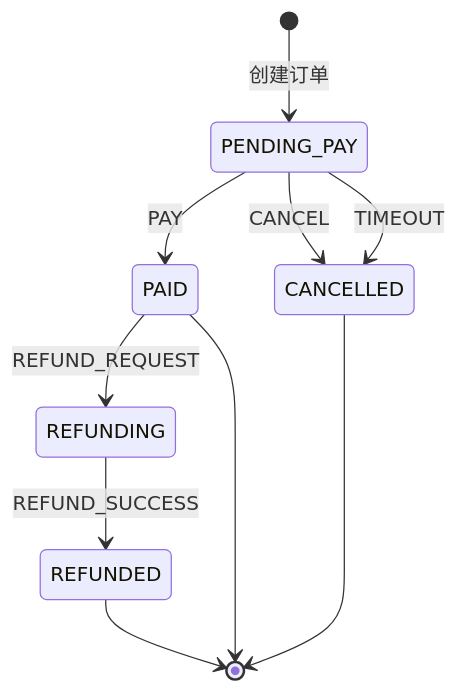
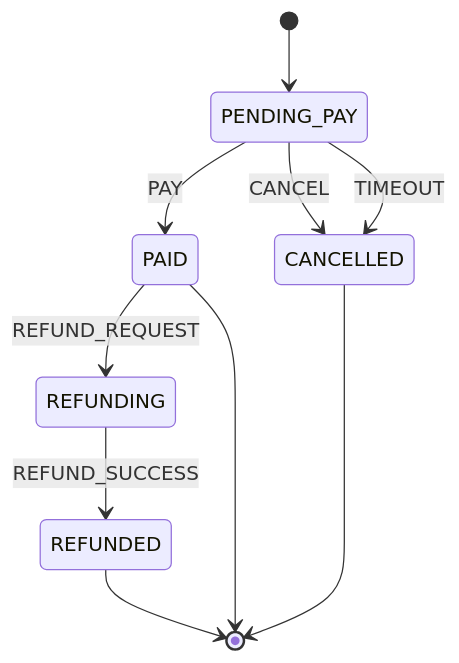
Before and after one commit to 16680-creator/ai-customer-service: the second of 3 diagrams in learning-docs/02-Spring微服务/12-订单状态机治理.md, drawn with Mermaid. The commit also changed other lines of this file and 185 other files, not shown here.

````diff
--- a/learning-docs/02-Spring微服务/12-订单状态机治理.md
+++ b/learning-docs/02-Spring微服务/12-订单状态机治理.md
@@ -87,15 +161,12 @@
 ```mermaid
 stateDiagram-v2
-    [*] --> PENDING_PAY: 创建订单
-
+    [*] --> PENDING_PAY
     PENDING_PAY --> PAID: PAY
     PENDING_PAY --> CANCELLED: CANCEL
     PENDING_PAY --> CANCELLED: TIMEOUT
-
     PAID --> REFUNDING: REFUND_REQUEST
     REFUNDING --> REFUNDED: REFUND_SUCCESS
-
     PAID --> [*]
     CANCELLED --> [*]
     REFUNDED --> [*]
 ```
````
